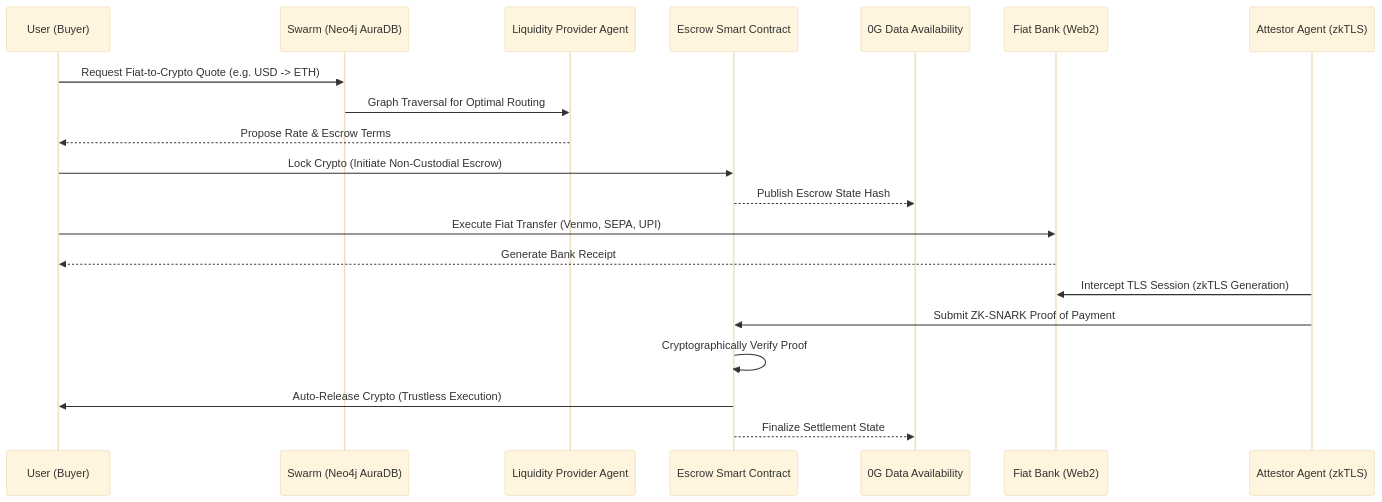
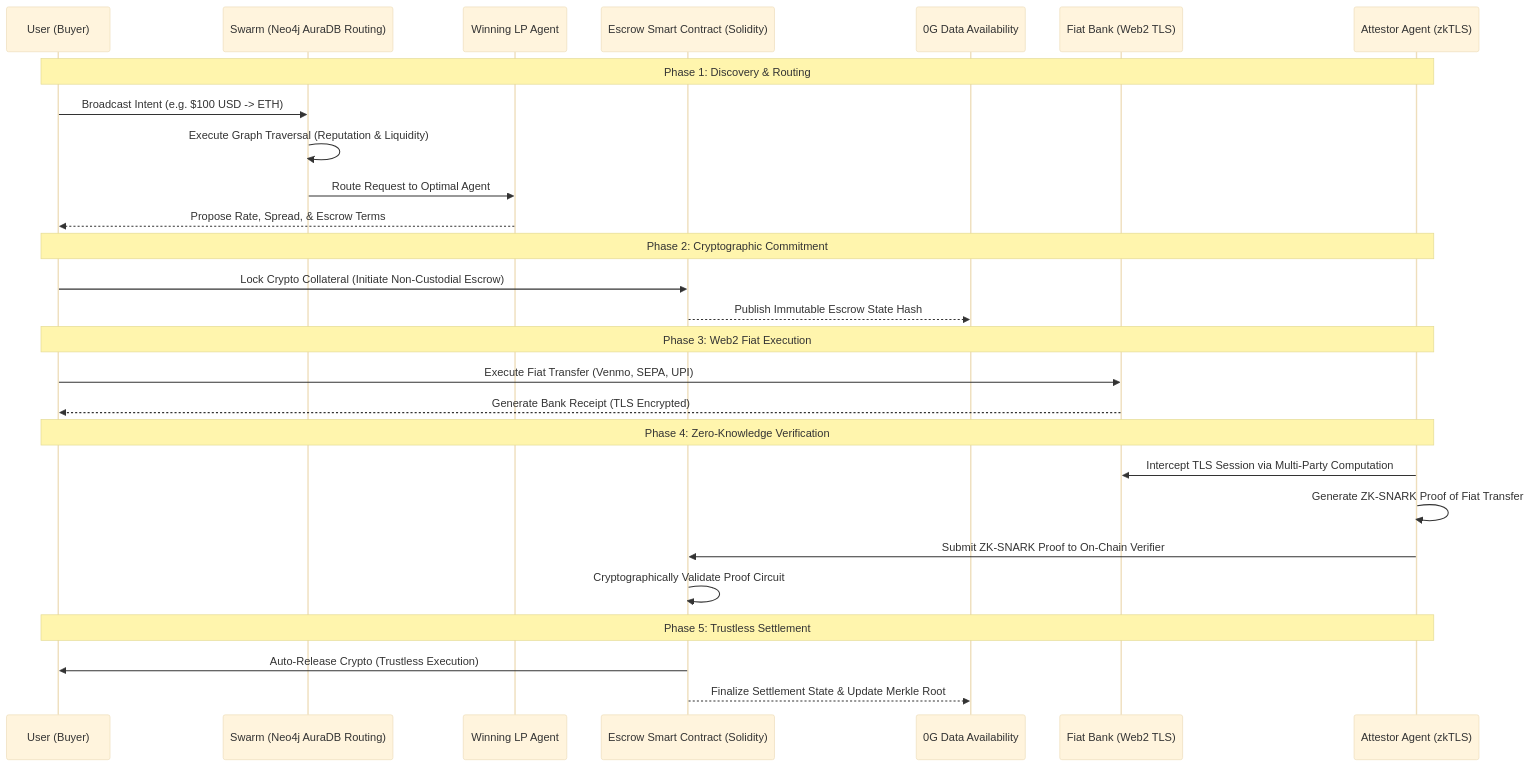
The diagram in README.md (ayushkumar2601/beanstick), drawn with Mermaid (base theme) before and after one commit. The commit also changed other lines of this file, not shown here.

````diff
--- a/README.md
+++ b/README.md
@@ -69,23 +77,34 @@
 ```mermaid
 sequenceDiagram
     participant U as User (Buyer)
-    participant S as Swarm (Neo4j AuraDB)
-    participant LP as Liquidity Provider Agent
-    participant SC as Escrow Smart Contract
+    participant S as Swarm (Neo4j AuraDB Routing)
+    participant LP as Winning LP Agent
+    participant SC as Escrow Smart Contract (Solidity)
     participant 0G as 0G Data Availability
-    participant B as Fiat Bank (Web2)
+    participant B as Fiat Bank (Web2 TLS)
     participant A as Attestor Agent (zkTLS)
 
-    U->>S: Request Fiat-to-Crypto Quote (e.g. USD -> ETH)
-    S->>LP: Graph Traversal for Optimal Routing
-    LP-->>U: Propose Rate & Escrow Terms
-    U->>SC: Lock Crypto (Initiate Non-Custodial Escrow)
-    SC-->>0G: Publish Escrow State Hash
+    Note over U, A: Phase 1: Discovery & Routing
+    U->>S: Broadcast Intent (e.g. $100 USD -> ETH)
+    S->>S: Execute Graph Traversal (Reputation & Liquidity)
+    S->>LP: Route Request to Optimal Agent
+    LP-->>U: Propose Rate, Spread, & Escrow Terms
+
+    Note over U, A: Phase 2: Cryptographic Commitment
+    U->>SC: Lock Crypto Collateral (Initiate Non-Custodial Escrow)
+    SC-->>0G: Publish Immutable Escrow State Hash
+    
+    Note over U, A: Phase 3: Web2 Fiat Execution
     U->>B: Execute Fiat Transfer (Venmo, SEPA, UPI)
-    B-->>U: Generate Bank Receipt
-    A->>B: Intercept TLS Session (zkTLS Generation)
-    A->>SC: Submit ZK-SNARK Proof of Payment
-    SC->>SC: Cryptographically Verify Proof
+    B-->>U: Generate Bank Receipt (TLS Encrypted)
+
+    Note over U, A: Phase 4: Zero-Knowledge Verification
+    A->>B: Intercept TLS Session via Multi-Party Computation
+    A->>A: Generate ZK-SNARK Proof of Fiat Transfer
+    A->>SC: Submit ZK-SNARK Proof to On-Chain Verifier
+    SC->>SC: Cryptographically Validate Proof Circuit
+    
+    Note over U, A: Phase 5: Trustless Settlement
     SC->>U: Auto-Release Crypto (Trustless Execution)
-    SC-->>0G: Finalize Settlement State
+    SC-->>0G: Finalize Settlement State & Update Merkle Root
 ```
````
